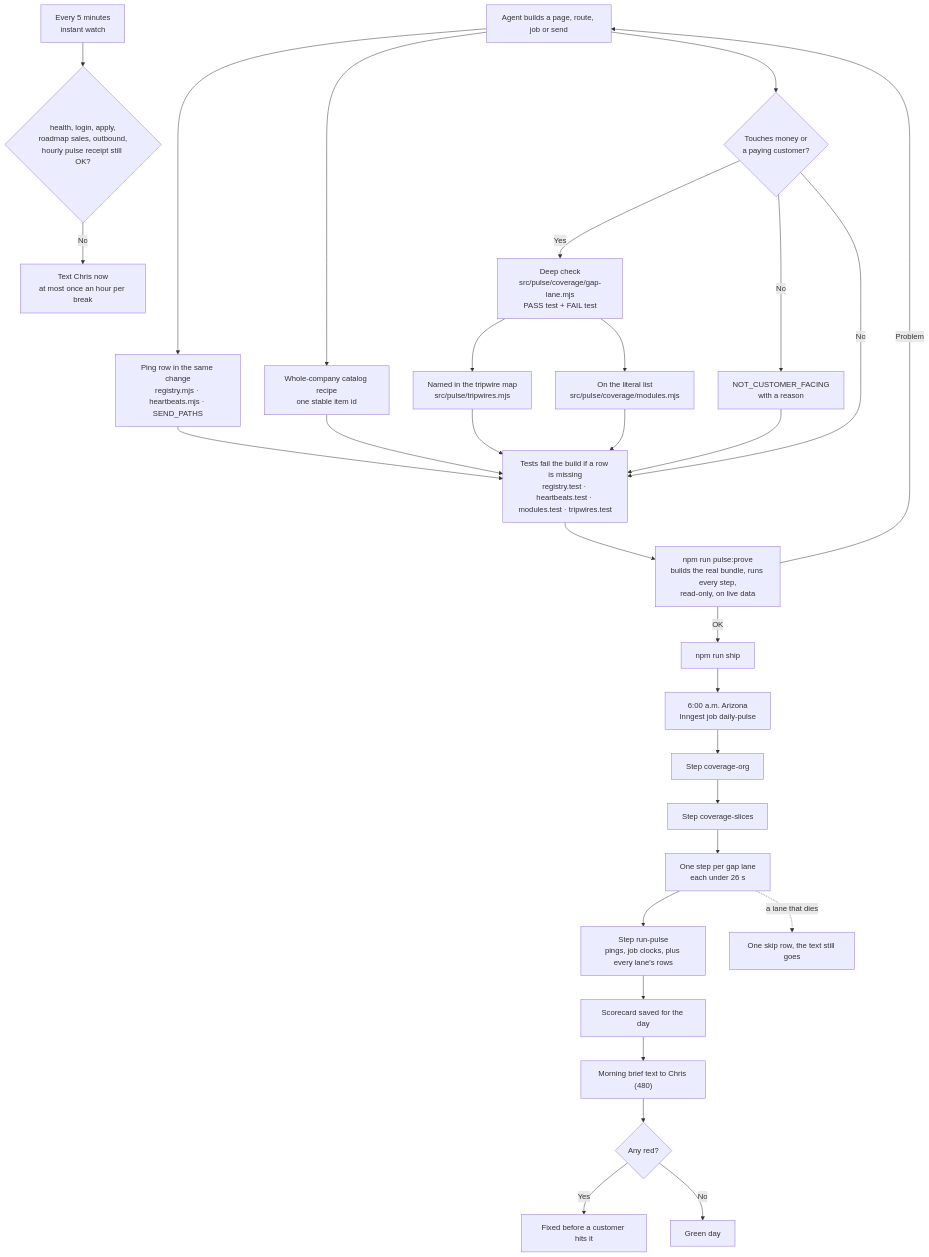
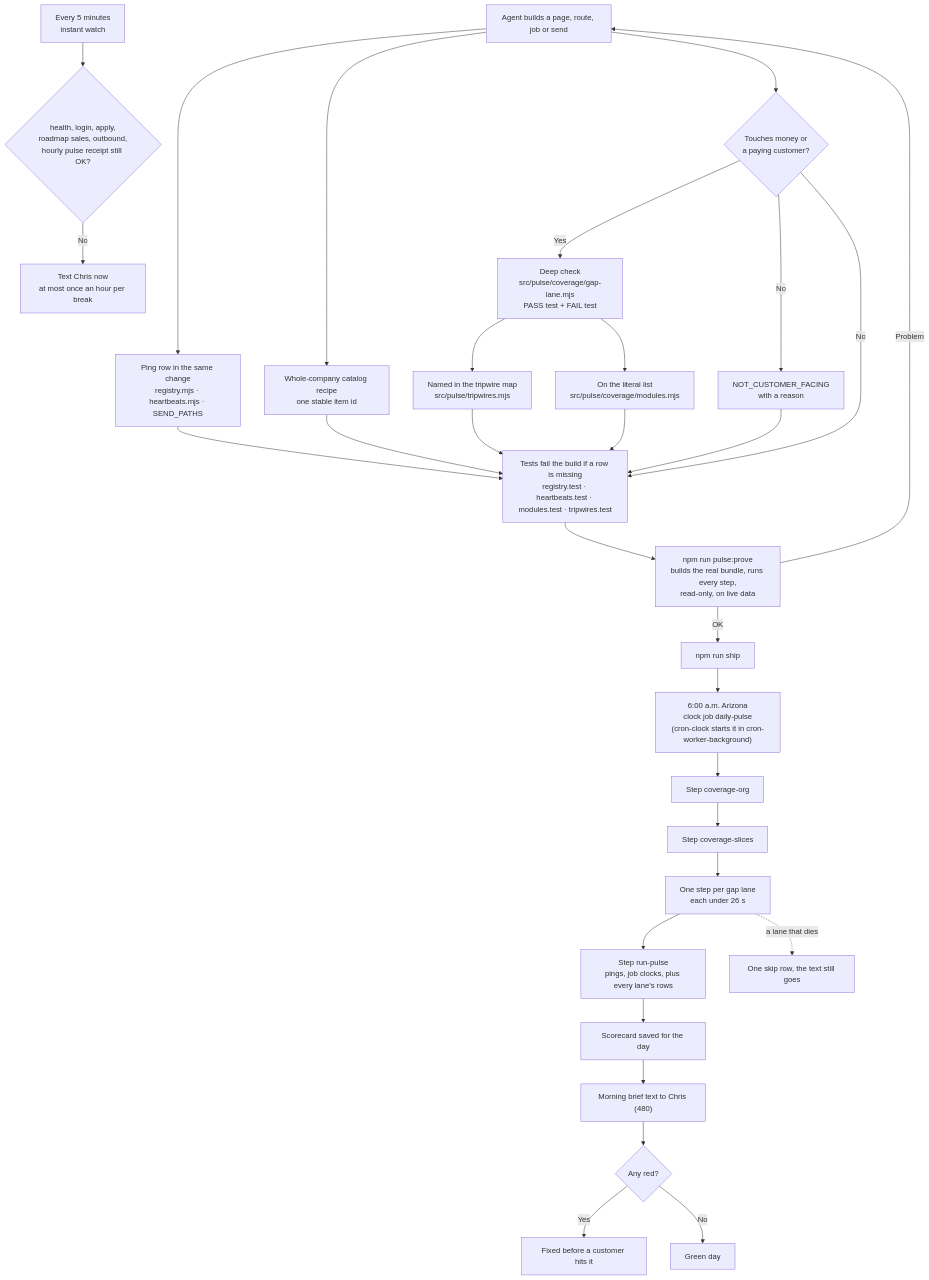
Before and after one commit to ZootimusMaximusSupreme/fundhub-platform: the first of 6 diagrams in docs/journeys/heartbeat-flow.md, drawn with Mermaid. The commit also changed other lines of this file and 31 other files, not shown here.

First line of the commit message:
Move every cron off Inngest to one Netlify clock

````diff
--- a/docs/journeys/heartbeat-flow.md
+++ b/docs/journeys/heartbeat-flow.md
@@ -48,35 +48,35 @@
 ```mermaid
 flowchart TD
     BUILD["Agent builds a page, route, job or send"] --> PING["Ping row in the same change<br/>registry.mjs · heartbeats.mjs · SEND_PATHS"]
     BUILD --> CATALOG["Whole-company catalog recipe<br/>one stable item id"]
     BUILD --> MONEY{"Touches money or<br/>a paying customer?"}
     MONEY -->|Yes| DEEP["Deep check<br/>src/pulse/coverage/gap-lane.mjs<br/>PASS test + FAIL test"]
     DEEP --> MAP["Named in the tripwire map<br/>src/pulse/tripwires.mjs"]
     MONEY -->|No| NCF["NOT_CUSTOMER_FACING<br/>with a reason"]
     MAP --> TESTS
     NCF --> TESTS
     MONEY -->|No| TESTS
     DEEP --> LIST["On the literal list<br/>src/pulse/coverage/modules.mjs"]
     PING --> TESTS["Tests fail the build if a row is missing<br/>registry.test · heartbeats.test · modules.test · tripwires.test"]
     CATALOG --> TESTS
     LIST --> TESTS
     TESTS --> PROVE["npm run pulse:prove<br/>builds the real bundle, runs every step,<br/>read-only, on live data"]
     PROVE -->|OK| SHIP["npm run ship"]
     PROVE -->|Problem| BUILD
 
-    SHIP --> SIX["6:00 a.m. Arizona<br/>Inngest job daily-pulse"]
+    SHIP --> SIX["6:00 a.m. Arizona<br/>clock job daily-pulse<br/>(cron-clock starts it in cron-worker-background)"]
     SIX --> ORG["Step coverage-org"]
     ORG --> SLICES["Step coverage-slices"]
     SLICES --> LANES["One step per gap lane<br/>each under 26 s"]
     LANES --> RUN["Step run-pulse<br/>pings, job clocks, plus every lane's rows"]
     RUN --> CARD["Scorecard saved for the day"]
     CARD --> TEXT["Morning brief text to Chris (480)"]
     TEXT --> RED{"Any red?"}
     RED -->|Yes| FIX["Fixed before a customer hits it"]
     RED -->|No| GREEN["Green day"]
 
     LANES -.->|a lane that dies| SKIP["One skip row, the text still goes"]
 
     FIVE["Every 5 minutes<br/>instant watch"] --> CRIT{"health, login, apply,<br/>roadmap sales, outbound,<br/>hourly pulse receipt still OK?"}
     CRIT -->|No| NOW["Text Chris now<br/>at most once an hour per break"]
 ```
````
